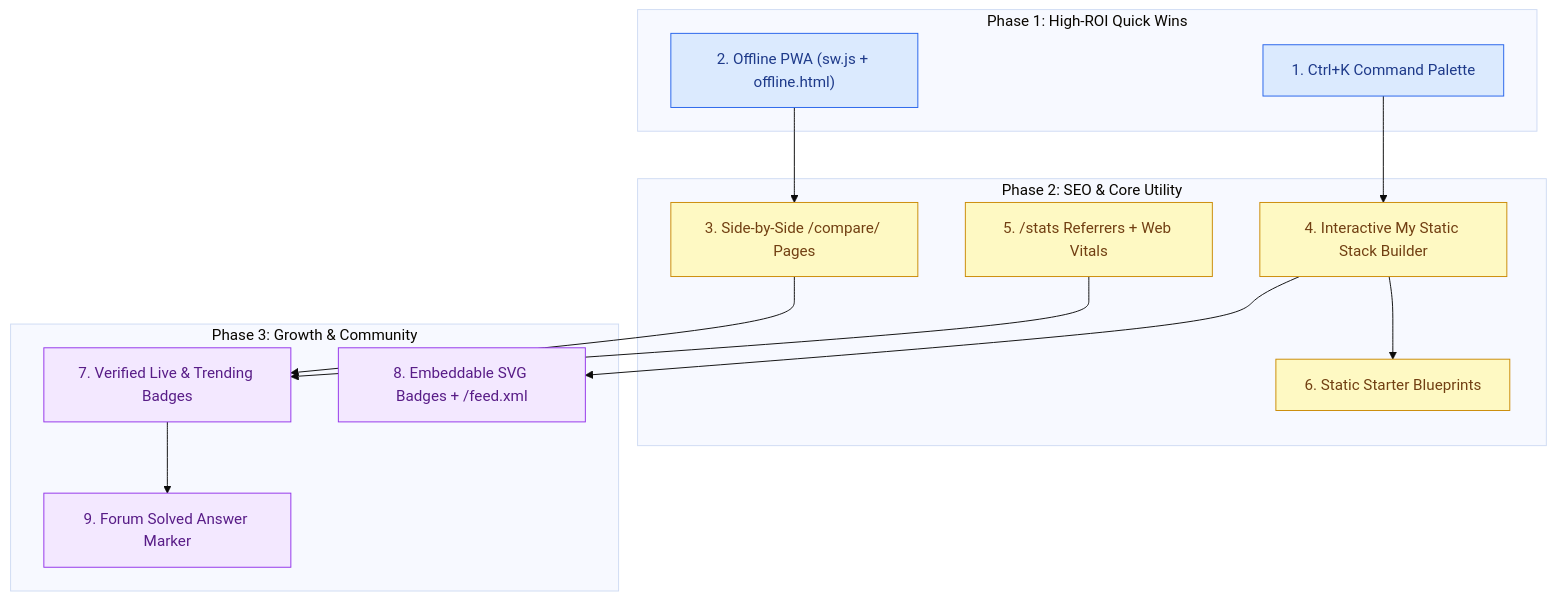
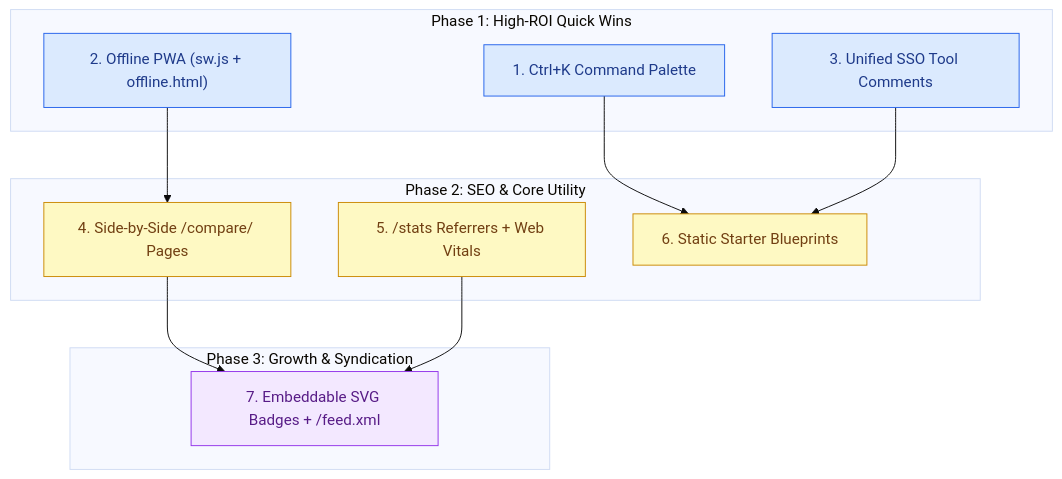
The diagram in suggest.md (E6WeB/htmlstatic), drawn with Mermaid (base theme) before and after one commit. The commit also changed other lines of this file and 213 other files, not shown here.

````diff
--- a/suggest.md
+++ b/suggest.md
@@ -68,32 +76,28 @@
 ```mermaid
 flowchart TD
     classDef phase1 fill:#dbeafe,stroke:#2563eb,color:#1e3a8a
     classDef phase2 fill:#fef9c3,stroke:#ca8a04,color:#713f12
     classDef phase3 fill:#f3e8ff,stroke:#9333ea,color:#581c87
 
     subgraph "Phase 1: High-ROI Quick Wins"
         P1A["1. Ctrl+K Command Palette"]:::phase1
         P1B["2. Offline PWA (sw.js + offline.html)"]:::phase1
+        P1C["3. Unified SSO Tool Comments"]:::phase1
     end
 
     subgraph "Phase 2: SEO & Core Utility"
-        P2A["3. Side-by-Side /compare/ Pages"]:::phase2
-        P2B["4. Interactive My Static Stack Builder"]:::phase2
-        P2C["5. /stats Referrers + Web Vitals"]:::phase2
-        P2D["6. Static Starter Blueprints"]:::phase2
+        P2A["4. Side-by-Side /compare/ Pages"]:::phase2
+        P2B["5. /stats Referrers + Web Vitals"]:::phase2
+        P2C["6. Static Starter Blueprints"]:::phase2
     end
 
-    subgraph "Phase 3: Growth & Community"
-        P3A["7. Verified Live & Trending Badges"]:::phase3
-        P3B["8. Embeddable SVG Badges + /feed.xml"]:::phase3
-        P3C["9. Forum Solved Answer Marker"]:::phase3
+    subgraph "Phase 3: Growth & Syndication"
+        P3A["7. Embeddable SVG Badges + /feed.xml"]:::phase3
     end
 
-    P1A --> P2B
+    P1A --> P2C
     P1B --> P2A
-    P2B --> P2D
+    P1C --> P2C
     P2A --> P3A
-    P2B --> P3B
-    P2C --> P3A
-    P3A --> P3C
+    P2B --> P3A
 ```
````
